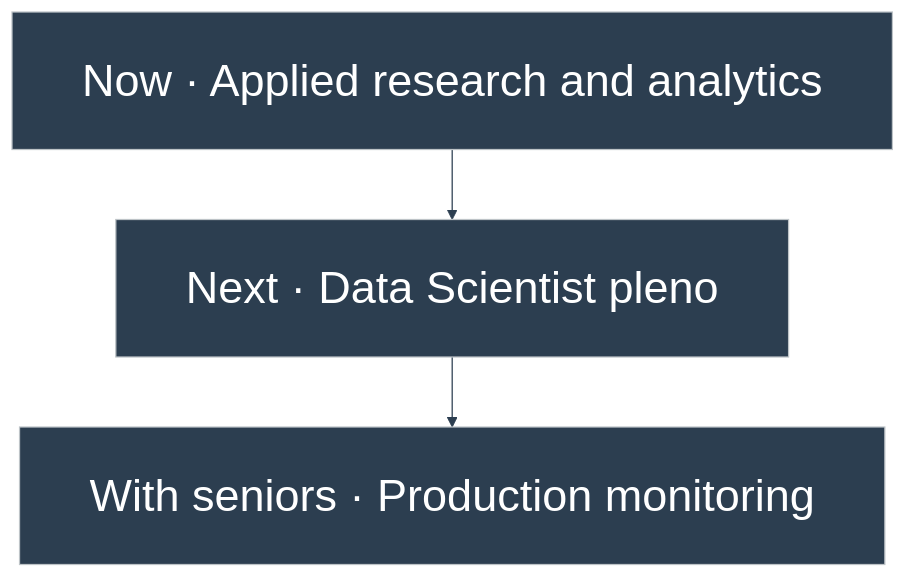
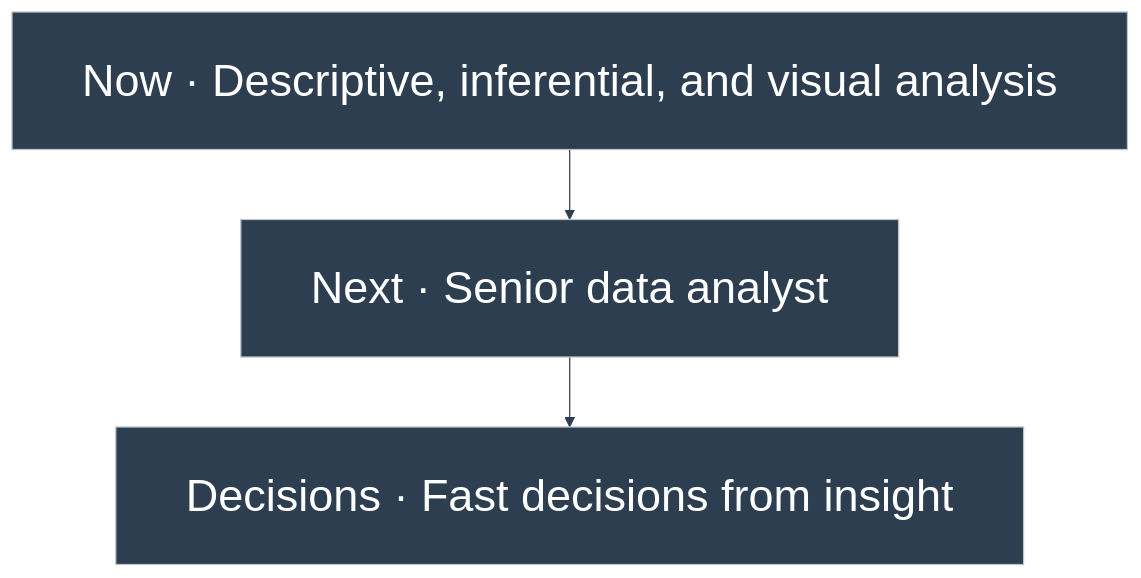
Before and after one commit to duducm2/my-personal-repo: diagram 14 of 15 in portfolio/mermaid/diagrams.md, drawn with Mermaid. The commit also changed other lines of this file and 40 other files, not shown here.

````diff
--- a/portfolio/mermaid/diagrams.md
+++ b/portfolio/mermaid/diagrams.md
@@ -260,8 +260,8 @@
 ```mermaid
 %%{init: {'theme': 'base', 'themeVariables': { 'primaryColor': '#2c3e50', 'primaryTextColor': '#fff', 'primaryBorderColor': '#bdc3c7', 'lineColor': '#2c3e50', 'fontFamily': 'Lato', 'fontSize': '36px'}, 'flowchart': {'padding': 28, 'rankSpacing': 56, 'wrappingWidth': 900}}}%%
 flowchart TB
-  Now["Now · Applied research and analytics"]
-  Next["Next · Data Scientist pleno"]
-  Seniors["With seniors · Production monitoring"]
+  Now["Now · Descriptive, inferential, and visual analysis"]
+  Next["Next · Senior data analyst"]
+  Seniors["Decisions · Fast decisions from insight"]
   Now --> Next --> Seniors
 ```
````
